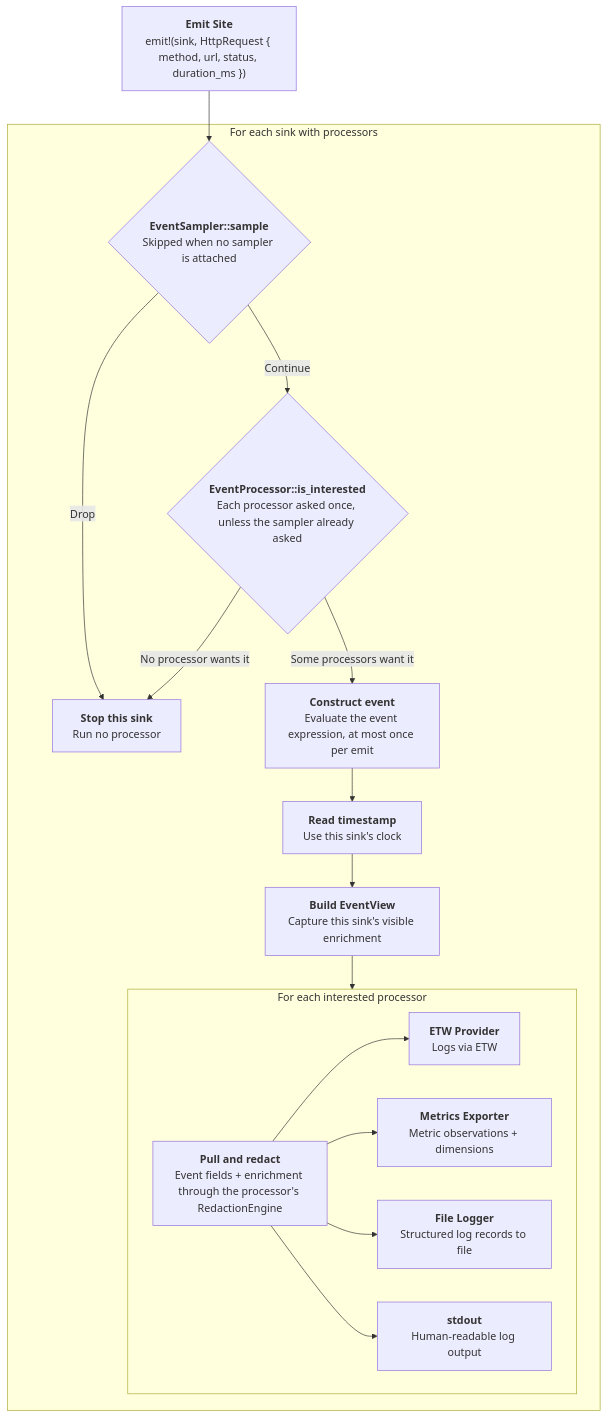
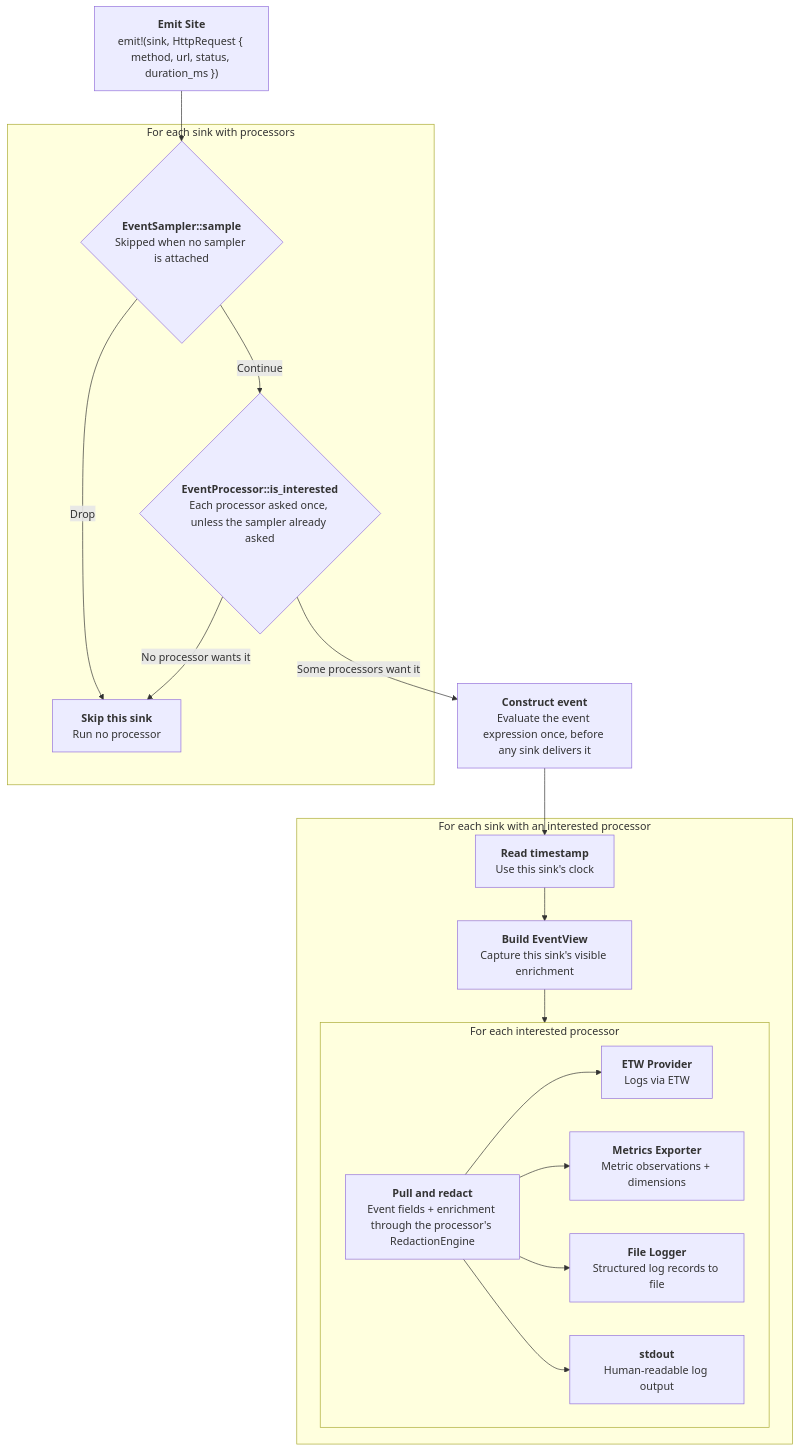
One commit to microsoft/oxidizer changed the diagram in crates/observed/DESIGN.md. Above: the diagram before and after it, drawn with Mermaid. The commit also changed other lines of this file and 4 other files, not shown here.

First line of the commit message:
refactor(observed): decide every child Sink before building the event

```diff
--- a/crates/observed/DESIGN.md
+++ b/crates/observed/DESIGN.md
@@ -375,32 +375,36 @@
 :::mermaid
 flowchart TD
     emit["<b>Emit Site</b><br/>emit!(sink, HttpRequest { method, url, status, duration_ms })"]
 
     emit --> sample
 
-    subgraph sink ["For each sink with processors"]
+    subgraph decide ["For each sink with processors"]
         sample{"<b>EventSampler::sample</b><br/>Skipped when no sampler is attached"}
         interest{"<b>EventProcessor::is_interested</b><br/>Each processor asked once, unless the sampler already asked"}
-        dropped["<b>Stop this sink</b><br/>Run no processor"]
-        construct["<b>Construct event</b><br/>Evaluate the event expression, at most once per emit"]
+        skipped["<b>Skip this sink</b><br/>Run no processor"]
+
+        sample -- "Drop" --> skipped
+        sample -- "Continue" --> interest
+        interest -- "No processor wants it" --> skipped
+    end
+
+    interest -- "Some processors want it" --> construct
+    construct["<b>Construct event</b><br/>Evaluate the event expression once, before any sink delivers it"]
+    construct --> timestamp
+
+    subgraph deliver ["For each sink with an interested processor"]
         timestamp["<b>Read timestamp</b><br/>Use this sink's clock"]
         view["<b>Build EventView</b><br/>Capture this sink's visible enrichment"]
 
-        sample -- "Drop" --> dropped
-        sample -- "Continue" --> interest
-        interest -- "No processor wants it" --> dropped
-        interest -- "Some processors want it" --> construct
-        construct --> timestamp
         timestamp --> view
-
         view --> loop
 
         subgraph loop ["For each interested processor"]
             redact["<b>Pull and redact</b><br/>Event fields + enrichment through the processor's RedactionEngine"]
             redact --> etw["<b>ETW Provider</b><br/>Logs via ETW"]
             redact --> metrics["<b>Metrics Exporter</b><br/>Metric observations + dimensions"]
             redact --> file["<b>File Logger</b><br/>Structured log records to file"]
             redact --> stdout["<b>stdout</b><br/>Human-readable log output"]
         end
     end
 :::
```
